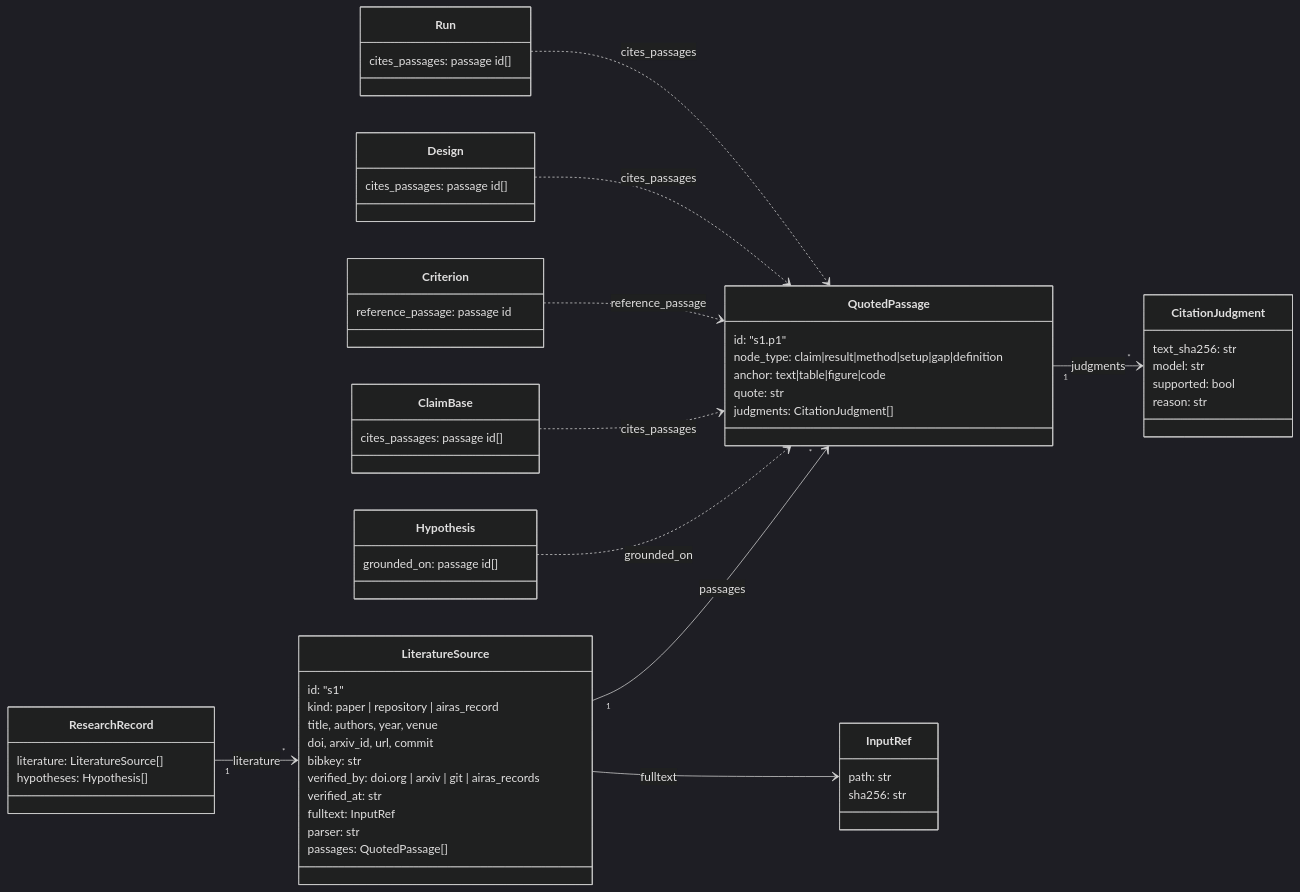
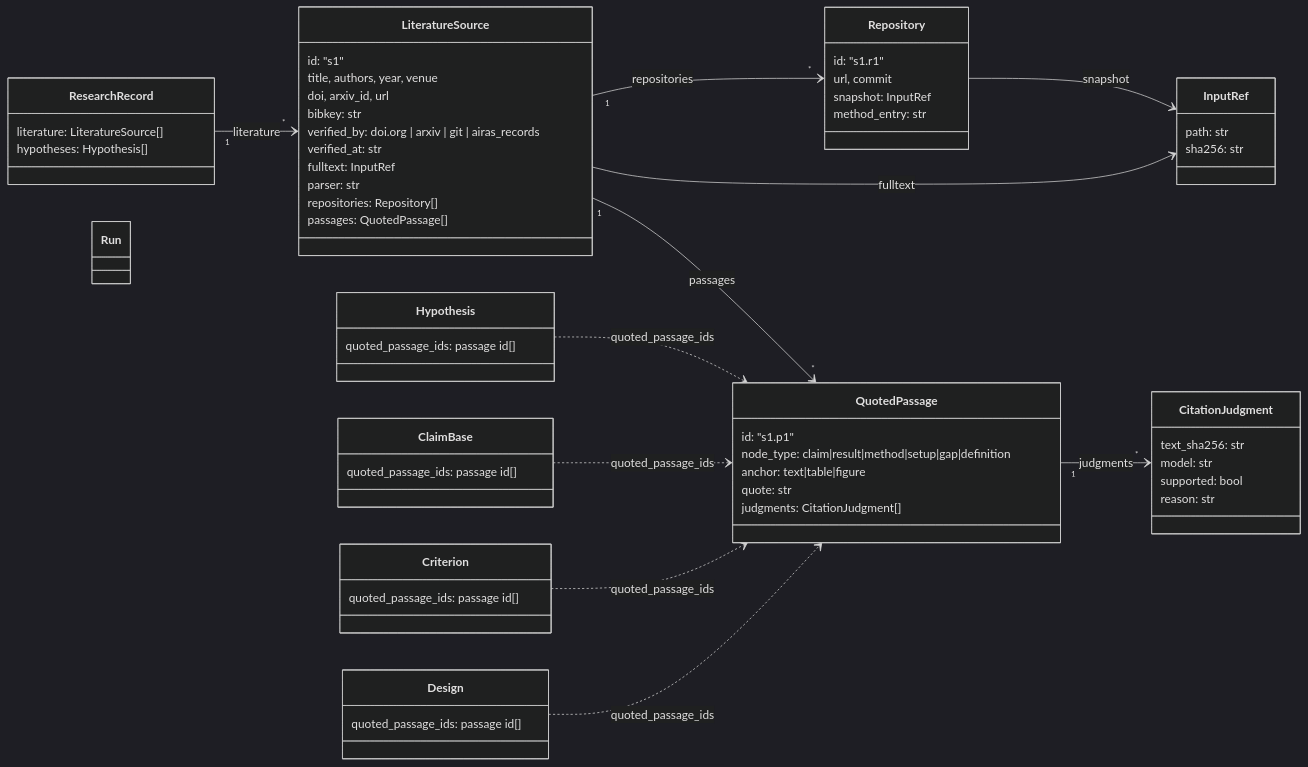
Before and after one commit to airas-org/airas: the first of 2 diagrams in docs/record-json-schema.md, drawn with Mermaid (dark theme). The commit also changed other lines of this file and 25 other files, not shown here.

First line of the commit message:
record: 文献を 1 研究成果（論文 + repositories[]）に再構成し、design の repository_integration で手法の入口と引数値を宣言する（#1093）

````diff
--- a/docs/record-json-schema.md
+++ b/docs/record-json-schema.md
@@ -16,63 +16,69 @@
 ```mermaid
 classDiagram
     direction LR
 
     class ResearchRecord {
         literature: LiteratureSource[]
         hypotheses: Hypothesis[]
     }
     class LiteratureSource {
         id: "s1"
-        kind: paper | repository | airas_record
         title, authors, year, venue
-        doi, arxiv_id, url, commit
+        doi, arxiv_id, url
         bibkey: str
         verified_by: doi.org | arxiv | git | airas_records
         verified_at: str
         fulltext: InputRef
         parser: str
+        repositories: Repository[]
         passages: QuotedPassage[]
+    }
+    class Repository {
+        id: "s1.r1"
+        url, commit
+        snapshot: InputRef
+        method_entry: str
     }
     class QuotedPassage {
         id: "s1.p1"
         node_type: claim|result|method|setup|gap|definition
-        anchor: text|table|figure|code
+        anchor: text|table|figure
         quote: str
         judgments: CitationJudgment[]
     }
     class CitationJudgment {
         text_sha256: str
         model: str
         supported: bool
         reason: str
     }
     class InputRef {
         path: str
         sha256: str
     }
     class Hypothesis {
-        grounded_on: passage id[]
+        quoted_passage_ids: passage id[]
     }
     class ClaimBase {
-        cites_passages: passage id[]
+        quoted_passage_ids: passage id[]
     }
     class Criterion {
-        reference_passage: passage id
+        quoted_passage_ids: passage id[]
     }
     class Design {
-        cites_passages: passage id[]
+        quoted_passage_ids: passage id[]
     }
     class Run {
-        cites_passages: passage id[]
     }
 
     ResearchRecord "1" --> "*" LiteratureSource : literature
     LiteratureSource "1" --> "*" QuotedPassage : passages
     QuotedPassage "1" --> "*" CitationJudgment : judgments
     LiteratureSource --> InputRef : fulltext
-    Hypothesis ..> QuotedPassage : grounded_on
-    ClaimBase ..> QuotedPassage : cites_passages
-    Criterion ..> QuotedPassage : reference_passage
-    Design ..> QuotedPassage : cites_passages
-    Run ..> QuotedPassage : cites_passages
+    LiteratureSource "1" --> "*" Repository : repositories
+    Repository --> InputRef : snapshot
+    Hypothesis ..> QuotedPassage : quoted_passage_ids
+    ClaimBase ..> QuotedPassage : quoted_passage_ids
+    Criterion ..> QuotedPassage : quoted_passage_ids
+    Design ..> QuotedPassage : quoted_passage_ids
 ```
````
